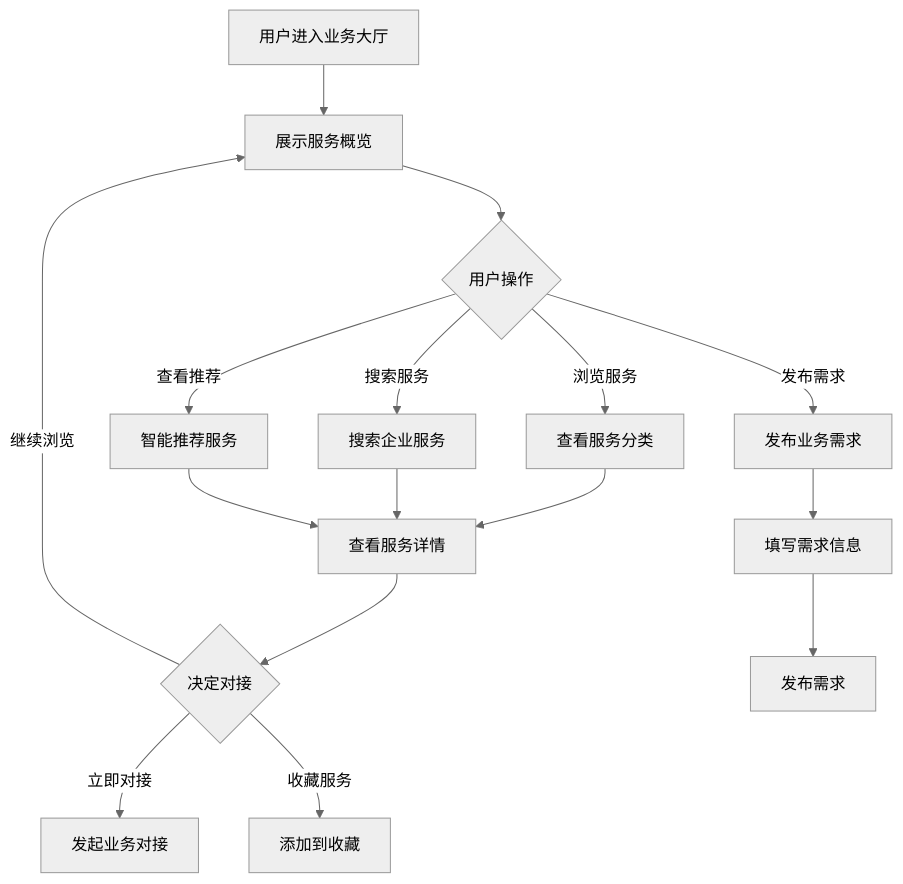
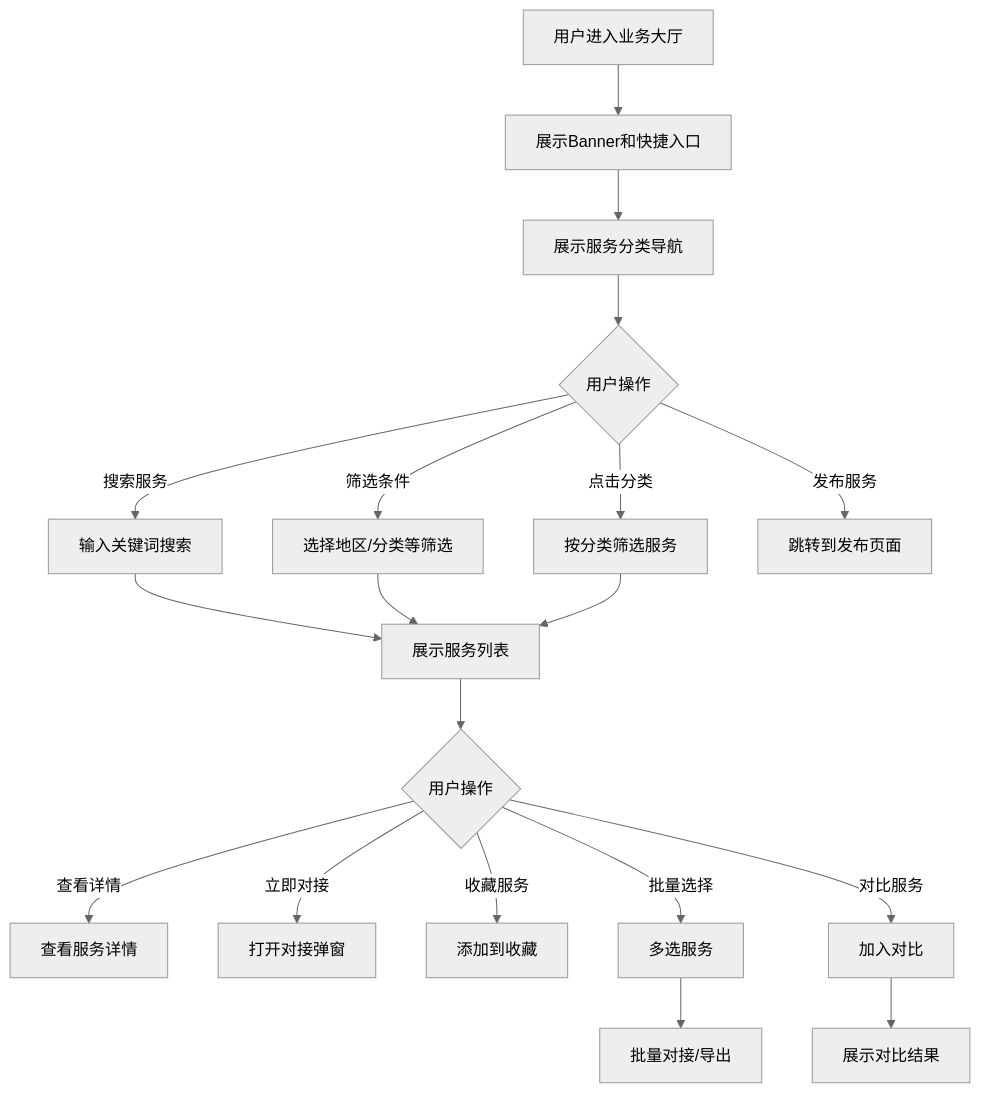
One commit to 573746624-hash/JZT------20260310 changed the diagram in docs/产业管理/业务大厅.md. Above: the diagram before and after it, drawn with Mermaid (neutral theme). The commit also changed other lines of this file and 25 other files, not shown here.

````diff
--- a/docs/产业管理/业务大厅.md
+++ b/docs/产业管理/业务大厅.md
@@ -9,18 +8,21 @@
 ```mermaid
 flowchart TD
-    A[用户进入业务大厅] --> B[展示服务概览]
-    B --> C{用户操作}
-    C -->|浏览服务| D[查看服务分类]
-    C -->|搜索服务| E[搜索企业服务]
-    C -->|发布需求| F[发布业务需求]
-    C -->|查看推荐| G[智能推荐服务]
-    D --> H[查看服务详情]
-    E --> H
-    G --> H
-    H --> I{决定对接}
-    I -->|立即对接| J[发起业务对接]
-    I -->|收藏服务| K[添加到收藏]
-    I -->|继续浏览| B
-    F --> L[填写需求信息]
-    L --> M[发布需求]
+    A[用户进入业务大厅] --> B[展示Banner和快捷入口]
+    B --> C[展示服务分类导航]
+    C --> D{用户操作}
+    D -->|搜索服务| E[输入关键词搜索]
+    D -->|筛选条件| F[选择地区/分类等筛选]
+    D -->|点击分类| G[按分类筛选服务]
+    D -->|发布服务| H[跳转到发布页面]
+    E --> I[展示服务列表]
+    F --> I
+    G --> I
+    I --> J{用户操作}
+    J -->|查看详情| K[查看服务详情]
+    J -->|立即对接| L[打开对接弹窗]
+    J -->|收藏服务| M[添加到收藏]
+    J -->|批量选择| N[多选服务]
+    N --> O[批量对接/导出]
+    J -->|对比服务| P[加入对比]
+    P --> Q[展示对比结果]
 ```
````
